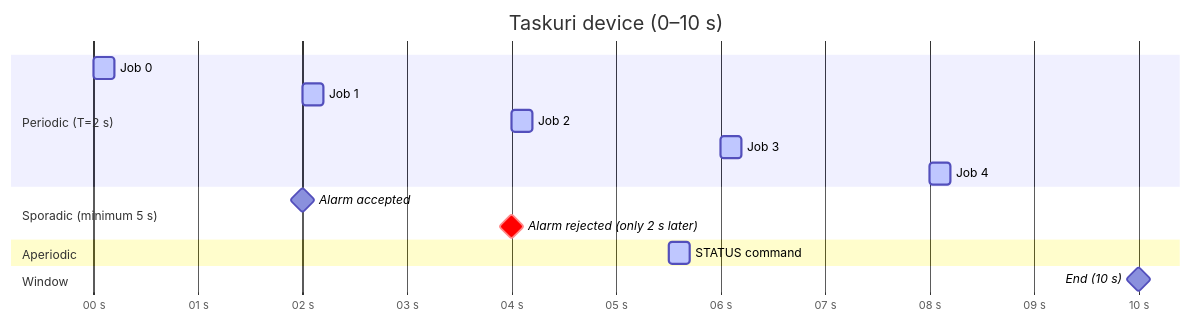
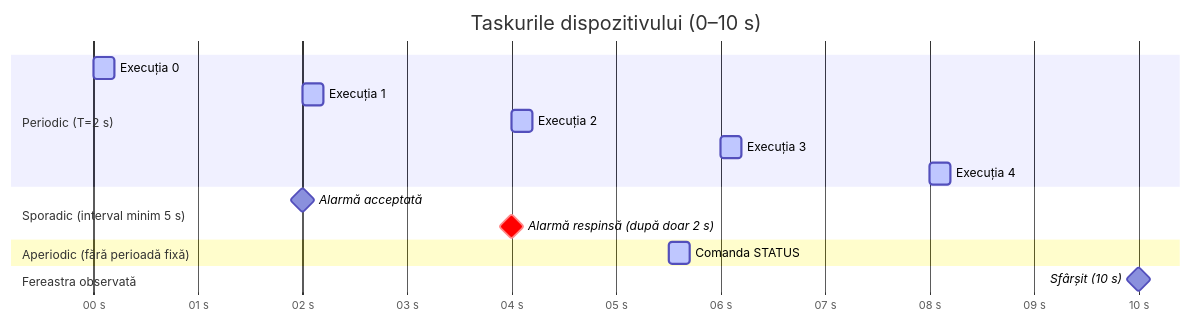
The diagram in tema-01-iot-mqtt/diagrame/diagrama-de-timp.mmd (Sergiu3107/rt-homeworks), drawn with Mermaid before and after one commit. The commit also changed 13 other files, not shown here.

```diff
--- a/tema-01-iot-mqtt/diagrame/diagrama-de-timp.mmd
+++ b/tema-01-iot-mqtt/diagrame/diagrama-de-timp.mmd
@@ -1,23 +1,23 @@
 gantt
-    title Taskuri device (0–10 s)
+    title Taskurile dispozitivului (0–10 s)
     dateFormat YYYY-MM-DD HH:mm:ss.SSS
     axisFormat %S s
     tickInterval 1second
     todayMarker off
 
     section Periodic (T=2 s)
-    Job 0 :active, 1970-01-01 00:00:00.000, 200ms
-    Job 1 :active, 1970-01-01 00:00:02.000, 200ms
-    Job 2 :active, 1970-01-01 00:00:04.000, 200ms
-    Job 3 :active, 1970-01-01 00:00:06.000, 200ms
-    Job 4 :active, 1970-01-01 00:00:08.000, 200ms
+    Execuția 0 :active, 1970-01-01 00:00:00.000, 200ms
+    Execuția 1 :active, 1970-01-01 00:00:02.000, 200ms
+    Execuția 2 :active, 1970-01-01 00:00:04.000, 200ms
+    Execuția 3 :active, 1970-01-01 00:00:06.000, 200ms
+    Execuția 4 :active, 1970-01-01 00:00:08.000, 200ms
 
-    section Sporadic (minimum 5 s)
-    Alarm accepted :milestone, 1970-01-01 00:00:02.000, 0s
-    Alarm rejected (only 2 s later) :crit, milestone, 1970-01-01 00:00:04.000, 0s
+    section Sporadic (interval minim 5 s)
+    Alarmă acceptată :milestone, 1970-01-01 00:00:02.000, 0s
+    Alarmă respinsă (după doar 2 s) :crit, milestone, 1970-01-01 00:00:04.000, 0s
 
-    section Aperiodic
-    STATUS command :active, 1970-01-01 00:00:05.500, 200ms
+    section Aperiodic (fără perioadă fixă)
+    Comanda STATUS :active, 1970-01-01 00:00:05.500, 200ms
 
-    section Window
-    End (10 s) :milestone, 1970-01-01 00:00:10.000, 0s
+    section Fereastra observată
+    Sfârșit (10 s) :milestone, 1970-01-01 00:00:10.000, 0s
```
